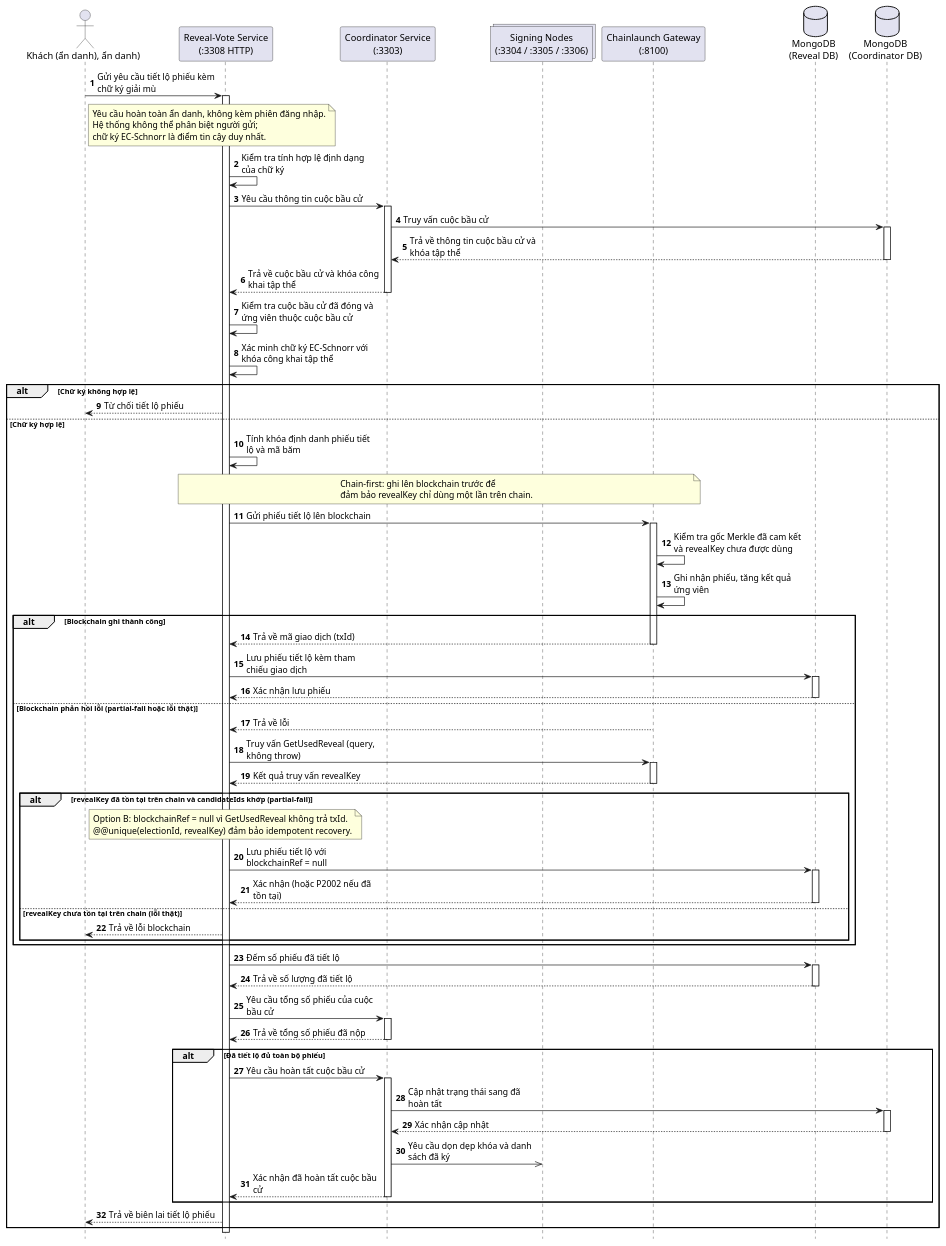
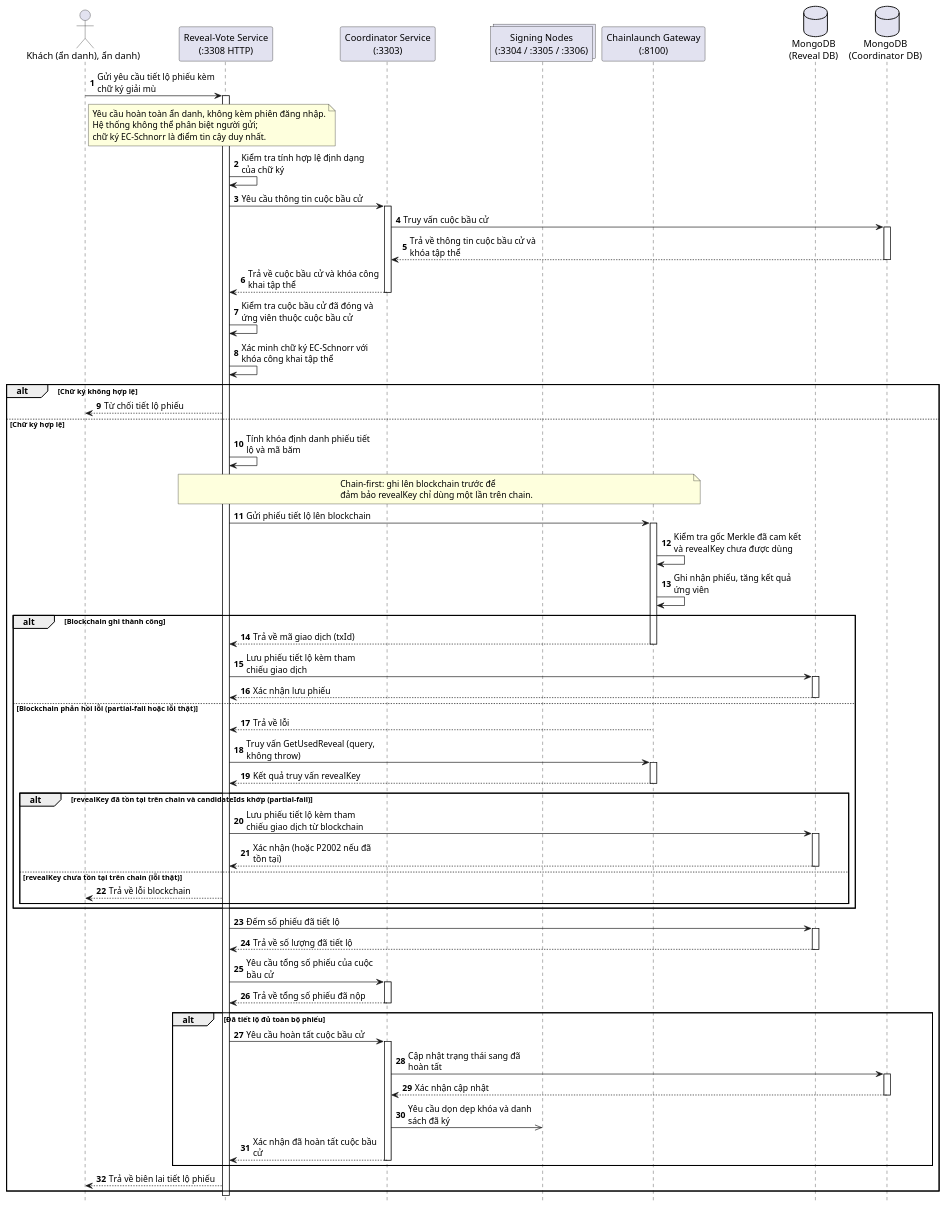
One commit to Tuienn/e-voting-latex changed the diagram in PlantUML/Sequence/Tiet-lo-phieu.puml. Above: the diagram before and after it, drawn with PlantUML. The commit also changed 61 other files, not shown here.

```diff
--- a/PlantUML/Sequence/Tiet-lo-phieu.puml
+++ b/PlantUML/Sequence/Tiet-lo-phieu.puml
@@ -1,114 +1,109 @@
 @startuml TietLoPhieu
 hide footbox
 autonumber
 skinparam maxMessageSize 200
 
 actor "Khách (ẩn danh), ẩn danh)" as Voter
 participant "Reveal-Vote Service\n(:3308 HTTP)" as Reveal
 participant "Coordinator Service\n(:3303)" as Coordinator
 collections "Signing Nodes\n(:3304 / :3305 / :3306)" as Nodes
 participant "Chainlaunch Gateway\n(:8100)" as Fabric
 database "MongoDB\n(Reveal DB)" as ReDB
 database "MongoDB\n(Coordinator DB)" as CoDB
 
 Voter -> Reveal: Gửi yêu cầu tiết lộ phiếu kèm chữ ký giải mù
 activate Reveal
 
 note right of Voter
   Yêu cầu hoàn toàn ẩn danh, không kèm phiên đăng nhập.
   Hệ thống không thể phân biệt người gửi;
   chữ ký EC-Schnorr là điểm tin cậy duy nhất.
 end note
 
 Reveal -> Reveal: Kiểm tra tính hợp lệ định dạng của chữ ký
 
 Reveal -> Coordinator: Yêu cầu thông tin cuộc bầu cử
 activate Coordinator
 Coordinator -> CoDB: Truy vấn cuộc bầu cử
 activate CoDB
 CoDB --> Coordinator: Trả về thông tin cuộc bầu cử và khóa tập thể
 deactivate CoDB
 Coordinator --> Reveal: Trả về cuộc bầu cử và khóa công khai tập thể
 deactivate Coordinator
 
 Reveal -> Reveal: Kiểm tra cuộc bầu cử đã đóng và ứng viên thuộc cuộc bầu cử
 
 Reveal -> Reveal: Xác minh chữ ký EC-Schnorr với khóa công khai tập thể
 
 alt Chữ ký không hợp lệ
   Reveal --> Voter: Từ chối tiết lộ phiếu
 else Chữ ký hợp lệ
   Reveal -> Reveal: Tính khóa định danh phiếu tiết lộ và mã băm
 
   note over Reveal, Fabric
     Chain-first: ghi lên blockchain trước để
     đảm bảo revealKey chỉ dùng một lần trên chain.
   end note
 
   Reveal -> Fabric: Gửi phiếu tiết lộ lên blockchain
   activate Fabric
   Fabric -> Fabric: Kiểm tra gốc Merkle đã cam kết và revealKey chưa được dùng
   Fabric -> Fabric: Ghi nhận phiếu, tăng kết quả ứng viên
 
   alt Blockchain ghi thành công
     Fabric --> Reveal: Trả về mã giao dịch (txId)
     deactivate Fabric
 
     Reveal -> ReDB: Lưu phiếu tiết lộ kèm tham chiếu giao dịch
     activate ReDB
     ReDB --> Reveal: Xác nhận lưu phiếu
     deactivate ReDB
 
   else Blockchain phản hồi lỗi (partial-fail hoặc lỗi thật)
     Fabric --> Reveal: Trả về lỗi
     deactivate Fabric
 
     Reveal -> Fabric: Truy vấn GetUsedReveal (query, không throw)
     activate Fabric
     Fabric --> Reveal: Kết quả truy vấn revealKey
     deactivate Fabric
 
     alt revealKey đã tồn tại trên chain và candidateIds khớp (partial-fail)
-      note over Reveal
-        Option B: blockchainRef = null vì GetUsedReveal không trả txId.
-        @@unique(electionId, revealKey) đảm bảo idempotent recovery.
-      end note
-
-      Reveal -> ReDB: Lưu phiếu tiết lộ với blockchainRef = null
+      Reveal -> ReDB: Lưu phiếu tiết lộ kèm tham chiếu giao dịch từ blockchain
       activate ReDB
       ReDB --> Reveal: Xác nhận (hoặc P2002 nếu đã tồn tại)
       deactivate ReDB
 
     else revealKey chưa tồn tại trên chain (lỗi thật)
       Reveal --> Voter: Trả về lỗi blockchain
     end
   end
 
   Reveal -> ReDB: Đếm số phiếu đã tiết lộ
   activate ReDB
   ReDB --> Reveal: Trả về số lượng đã tiết lộ
   deactivate ReDB
 
   Reveal -> Coordinator: Yêu cầu tổng số phiếu của cuộc bầu cử
   activate Coordinator
   Coordinator --> Reveal: Trả về tổng số phiếu đã nộp
   deactivate Coordinator
 
   alt Đã tiết lộ đủ toàn bộ phiếu
     Reveal -> Coordinator: Yêu cầu hoàn tất cuộc bầu cử
     activate Coordinator
     Coordinator -> CoDB: Cập nhật trạng thái sang đã hoàn tất
     activate CoDB
     CoDB --> Coordinator: Xác nhận cập nhật
     deactivate CoDB
 
     Coordinator ->> Nodes: Yêu cầu dọn dẹp khóa và danh sách đã ký
     Coordinator --> Reveal: Xác nhận đã hoàn tất cuộc bầu cử
     deactivate Coordinator
   end
 
   Reveal --> Voter: Trả về biên lai tiết lộ phiếu
 end
 
 deactivate Reveal
 @enduml
```
